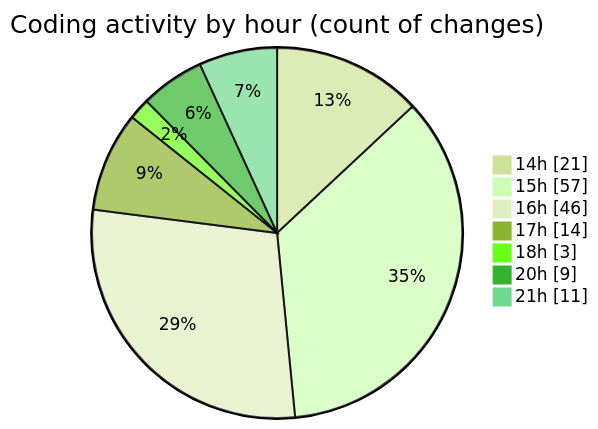
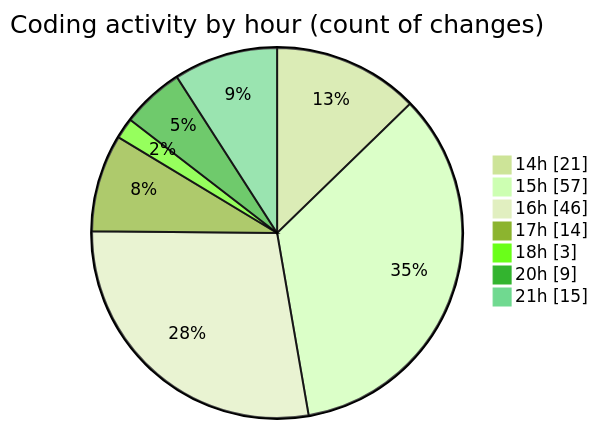
Before and after one commit to Ritupan-Deka/code-tracking: the second of 2 diagrams in 2025-05-24/projects/README.md, drawn with Mermaid (forest theme). The commit also changed other lines of this file and 1 other file, not shown here.

````diff
--- a/2025-05-24/projects/README.md
+++ b/2025-05-24/projects/README.md
@@ -35,11 +35,11 @@
 ```mermaid
 pie showData
 title Coding activity by hour (count of changes)
 "14h" : 21
 "15h" : 57
 "16h" : 46
 "17h" : 14
 "18h" : 3
 "20h" : 9
-"21h" : 11
+"21h" : 15
 ```
````
